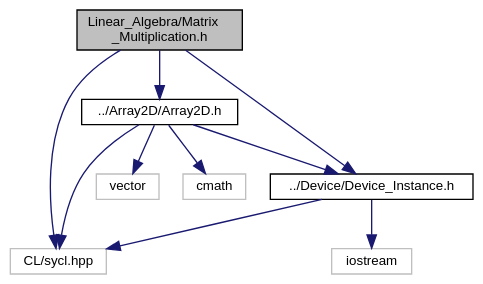
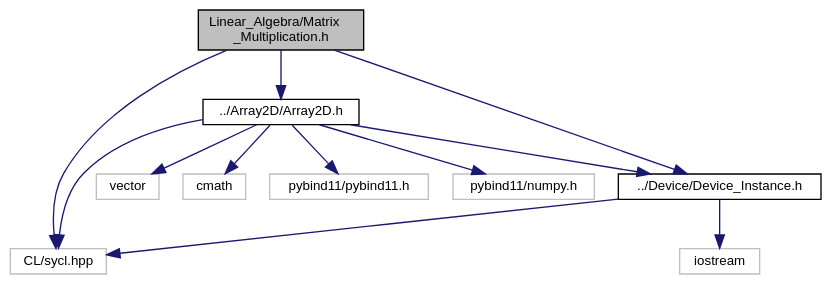
The diagram in docs/PySYCL_doxygen_html/_matrix___multiplication_8h__incl.dot (OsmanAEG/PySYCL), drawn with Graphviz before and after one commit. The commit also changed 147 other files, not shown here.

```diff
--- a/docs/PySYCL_doxygen_html/_matrix___multiplication_8h__incl.dot
+++ b/docs/PySYCL_doxygen_html/_matrix___multiplication_8h__incl.dot
@@ -1,24 +1,28 @@
 digraph "Linear_Algebra/Matrix_Multiplication.h"
 {
  // INTERACTIVE_SVG=YES
  // LATEX_PDF_SIZE
   bgcolor="transparent";
   edge [fontname="Helvetica",fontsize="10",labelfontname="Helvetica",labelfontsize="10"];
   node [fontname="Helvetica",fontsize="10",shape=record];
   Node1 [label="Linear_Algebra/Matrix\l_Multiplication.h",height=0.2,width=0.4,color="black", fillcolor="grey75", style="filled", fontcolor="black",tooltip="Matrix Multiplication in PySYCL."];
   Node1 -> Node2 [color="midnightblue",fontsize="10",style="solid",fontname="Helvetica"];
   Node2 [label="CL/sycl.hpp",height=0.2,width=0.4,color="grey75",tooltip=" "];
   Node1 -> Node3 [color="midnightblue",fontsize="10",style="solid",fontname="Helvetica"];
-  Node3 [label="../Array2D/Array2D.h",height=0.2,width=0.4,color="black",URL="$_array2_d_8h.html",tooltip="Array2D in PySYCL. This is the shared version of the Array2D class. It is used when the user wants to..."];
+  Node3 [label="../Array2D/Array2D.h",height=0.2,width=0.4,color="black",URL="$_array2_d_8h.html",tooltip="Array2D in PySYCL."];
   Node3 -> Node2 [color="midnightblue",fontsize="10",style="solid",fontname="Helvetica"];
   Node3 -> Node4 [color="midnightblue",fontsize="10",style="solid",fontname="Helvetica"];
   Node4 [label="vector",height=0.2,width=0.4,color="grey75",tooltip=" "];
   Node3 -> Node5 [color="midnightblue",fontsize="10",style="solid",fontname="Helvetica"];
   Node5 [label="cmath",height=0.2,width=0.4,color="grey75",tooltip=" "];
   Node3 -> Node6 [color="midnightblue",fontsize="10",style="solid",fontname="Helvetica"];
-  Node6 [label="../Device/Device_Instance.h",height=0.2,width=0.4,color="black",URL="$_device___instance_8h.html",tooltip="Device instance for device selection in PySYCL."];
-  Node6 -> Node7 [color="midnightblue",fontsize="10",style="solid",fontname="Helvetica"];
-  Node7 [label="iostream",height=0.2,width=0.4,color="grey75",tooltip=" "];
-  Node6 -> Node2 [color="midnightblue",fontsize="10",style="solid",fontname="Helvetica"];
-  Node1 -> Node6 [color="midnightblue",fontsize="10",style="solid",fontname="Helvetica"];
+  Node6 [label="pybind11/pybind11.h",height=0.2,width=0.4,color="grey75",tooltip=" "];
+  Node3 -> Node7 [color="midnightblue",fontsize="10",style="solid",fontname="Helvetica"];
+  Node7 [label="pybind11/numpy.h",height=0.2,width=0.4,color="grey75",tooltip=" "];
+  Node3 -> Node8 [color="midnightblue",fontsize="10",style="solid",fontname="Helvetica"];
+  Node8 [label="../Device/Device_Instance.h",height=0.2,width=0.4,color="black",URL="$_device___instance_8h.html",tooltip="Device instance for device selection in PySYCL."];
+  Node8 -> Node9 [color="midnightblue",fontsize="10",style="solid",fontname="Helvetica"];
+  Node9 [label="iostream",height=0.2,width=0.4,color="grey75",tooltip=" "];
+  Node8 -> Node2 [color="midnightblue",fontsize="10",style="solid",fontname="Helvetica"];
+  Node1 -> Node8 [color="midnightblue",fontsize="10",style="solid",fontname="Helvetica"];
 }
```
